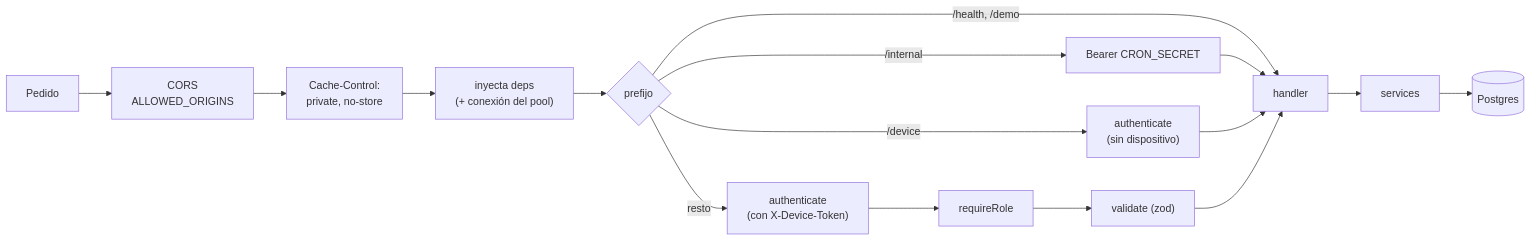
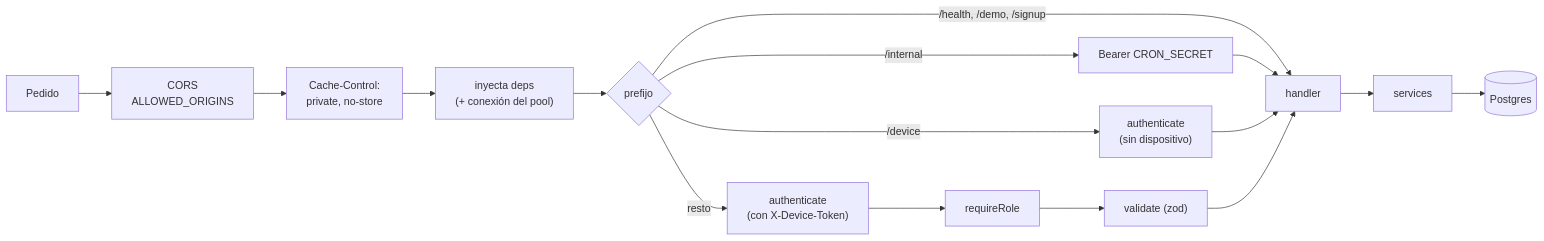
The second of 5 diagrams in docs/architecture.md (Nicolasgh91/red-cuidarte), drawn with Mermaid before and after one commit. The commit also changed other lines of this file and 36 other files, not shown here.

````diff
--- a/docs/architecture.md
+++ b/docs/architecture.md
@@ -126,12 +126,12 @@
 ```mermaid
 flowchart LR
   R[Pedido] --> CORS["CORS<br/>ALLOWED_ORIGINS"]
   CORS --> NS["Cache-Control:<br/>private, no-store"]
   NS --> D["inyecta deps<br/>(+ conexión del pool)"]
   D --> A{"prefijo"}
-  A -- "/health, /demo" --> H[handler]
+  A -- "/health, /demo, /signup" --> H[handler]
   A -- "/internal" --> CS["Bearer CRON_SECRET"] --> H
   A -- "/device" --> AU1["authenticate<br/>(sin dispositivo)"] --> H
   A -- "resto" --> AU2["authenticate<br/>(con X-Device-Token)"] --> RR["requireRole"] --> V["validate (zod)"] --> H
   H --> S[services] --> DB[(Postgres)]
 ```
````
